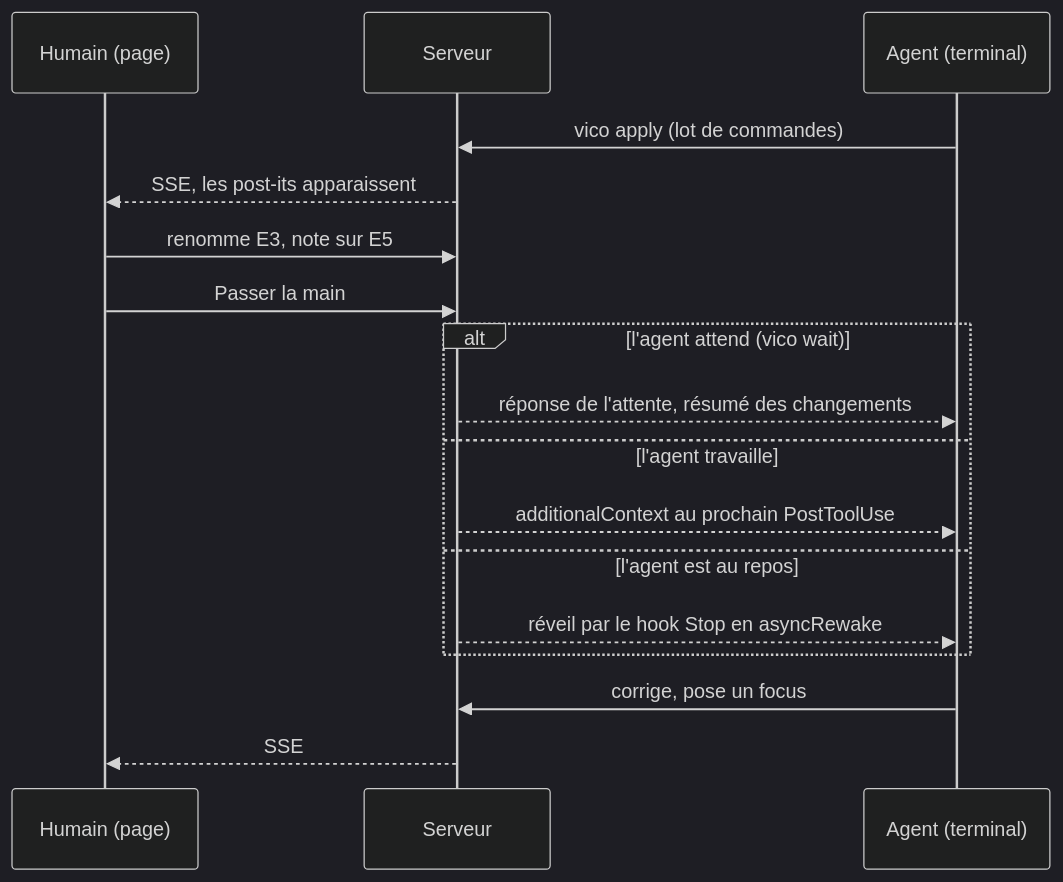
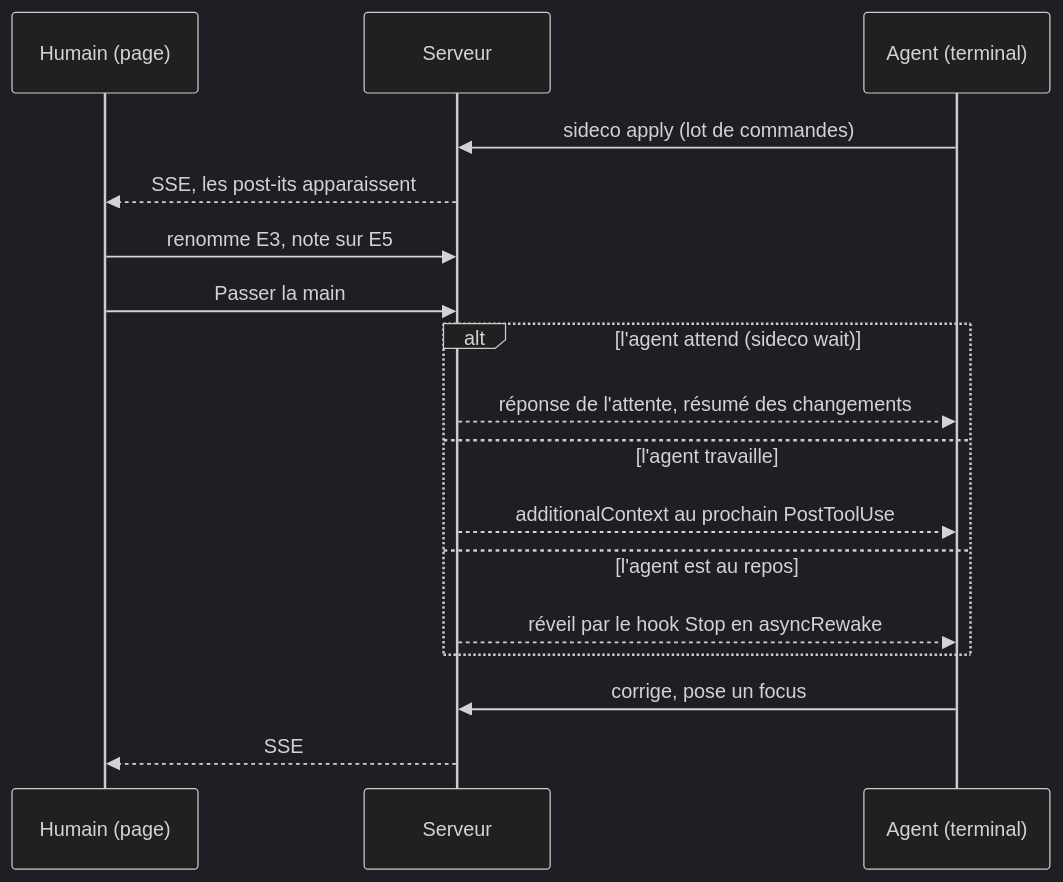
The second of 2 diagrams in docs/PRD.md (bastien-gallay/sideco), drawn with Mermaid (dark theme) before and after one commit. The commit also changed other lines of this file and 48 other files, not shown here.

````diff
--- a/docs/PRD.md
+++ b/docs/PRD.md
@@ -237,19 +237,19 @@
 ```mermaid
 sequenceDiagram
   participant H as Humain (page)
   participant S as Serveur
   participant A as Agent (terminal)
-  A->>S: vico apply (lot de commandes)
+  A->>S: sideco apply (lot de commandes)
   S-->>H: SSE, les post-its apparaissent
   H->>S: renomme E3, note sur E5
   H->>S: Passer la main
-  alt l'agent attend (vico wait)
+  alt l'agent attend (sideco wait)
     S-->>A: réponse de l'attente, résumé des changements
   else l'agent travaille
     S-->>A: additionalContext au prochain PostToolUse
   else l'agent est au repos
     S-->>A: réveil par le hook Stop en asyncRewake
   end
   A->>S: corrige, pose un focus
   S-->>H: SSE
 ```
````
